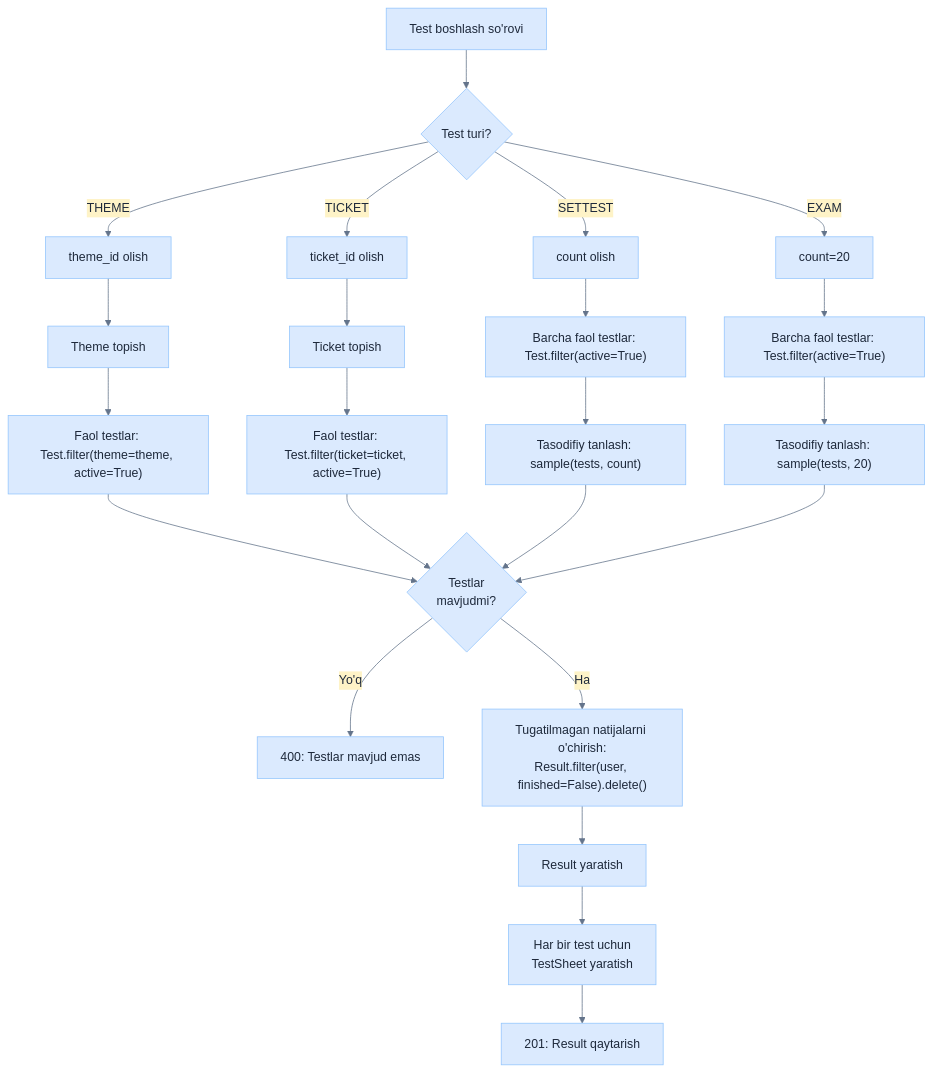
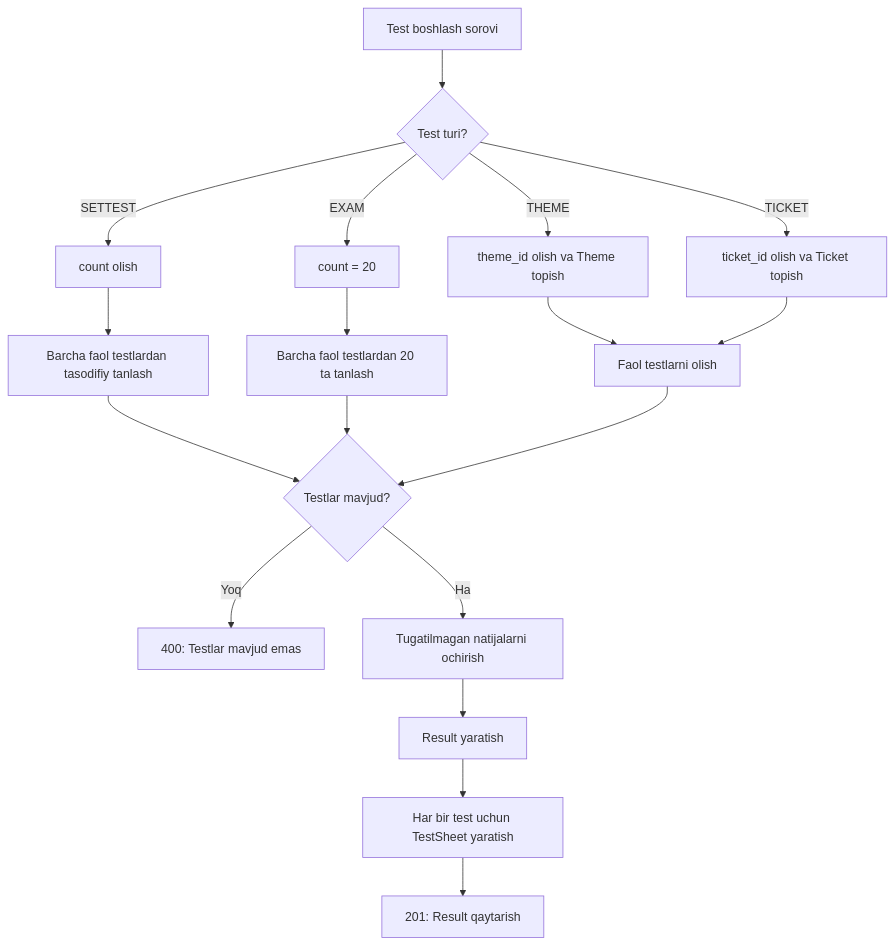
One commit to khismoiloff/BrpAvtoTest changed the tenth of 18 diagrams in README.md. Above: the diagram before and after it, drawn with Mermaid. The commit also changed other lines of this file, not shown here.

````diff
--- a/README.md
+++ b/README.md
@@ -522,32 +515,27 @@
 ```mermaid
-%%{init: {'theme': 'base', 'themeVariables': {'background': '#ffffff', 'primaryColor': '#dbeafe', 'primaryTextColor': '#1e293b', 'primaryBorderColor': '#93c5fd', 'lineColor': '#64748b', 'secondaryColor': '#fef3c7', 'tertiaryColor': '#ede9fe', 'fontFamily': 'sans-serif'}}}%%
+%%{init: {'theme': 'default'}}%%
 flowchart TD
-    A[Test boshlash so'rovi] --> B{Test turi?}
+    A[Test boshlash sorovi] --> B{Test turi?}
     
-    B -->|THEME| C[theme_id olish]
-    C --> D[Theme topish]
-    D --> E["Faol testlar: Test.filter(theme=theme, active=True)"]
+    B -->|THEME| C[theme_id olish va Theme topish]
+    C --> E[Faol testlarni olish]
     
-    B -->|TICKET| F[ticket_id olish]
-    F --> G[Ticket topish]
-    G --> H["Faol testlar: Test.filter(ticket=ticket, active=True)"]
+    B -->|TICKET| F[ticket_id olish va Ticket topish]
+    F --> E
     
     B -->|SETTEST| I[count olish]
-    I --> J["Barcha faol testlar: Test.filter(active=True)"]
-    J --> K["Tasodifiy tanlash: sample(tests, count)"]
+    I --> J[Barcha faol testlardan tasodifiy tanlash]
+    J --> O
     
-    B -->|EXAM| L[count=20]
-    L --> M["Barcha faol testlar: Test.filter(active=True)"]
-    M --> N["Tasodifiy tanlash: sample(tests, 20)"]
-    
-    E --> O{Testlar<br/>mavjudmi?}
-    H --> O
-    K --> O
+    B -->|EXAM| L[count = 20]
+    L --> N[Barcha faol testlardan 20 ta tanlash]
     N --> O
     
-    O -->|Yo'q| P[400: Testlar mavjud emas]
-    O -->|Ha| Q["Tugatilmagan natijalarni o'chirish:<br/>Result.filter(user, finished=False).delete()"]
+    E --> O{Testlar mavjud?}
+    
+    O -->|Yoq| P[400: Testlar mavjud emas]
+    O -->|Ha| Q[Tugatilmagan natijalarni ochirish]
     Q --> R[Result yaratish]
-    R --> S["Har bir test uchun<br/>TestSheet yaratish"]
+    R --> S[Har bir test uchun TestSheet yaratish]
     S --> T[201: Result qaytarish]
 ```
````
